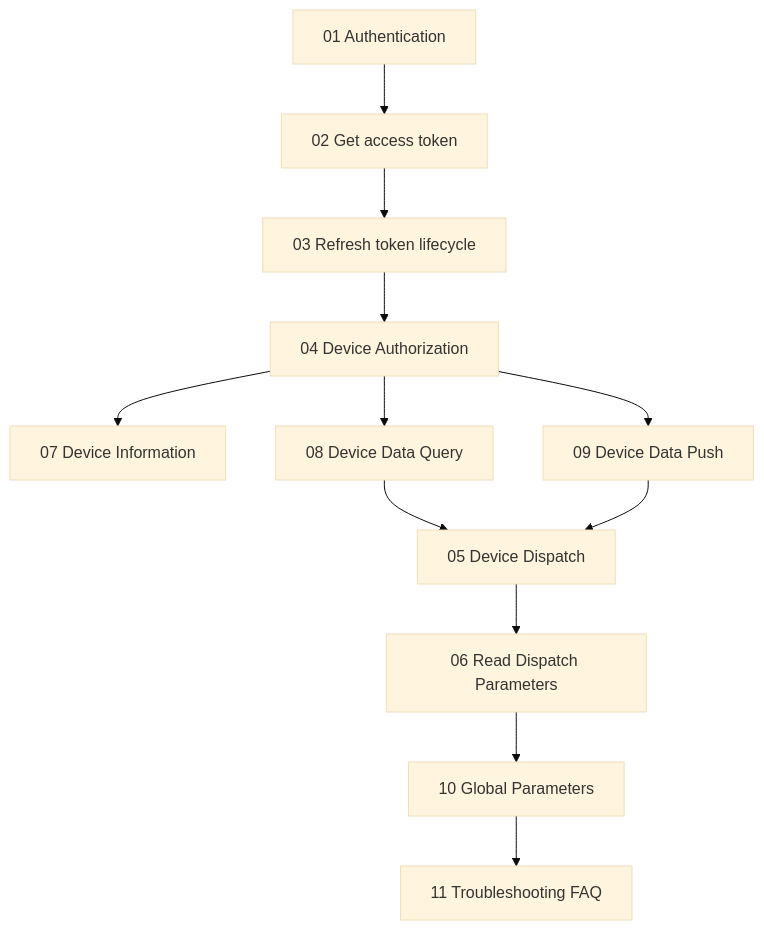
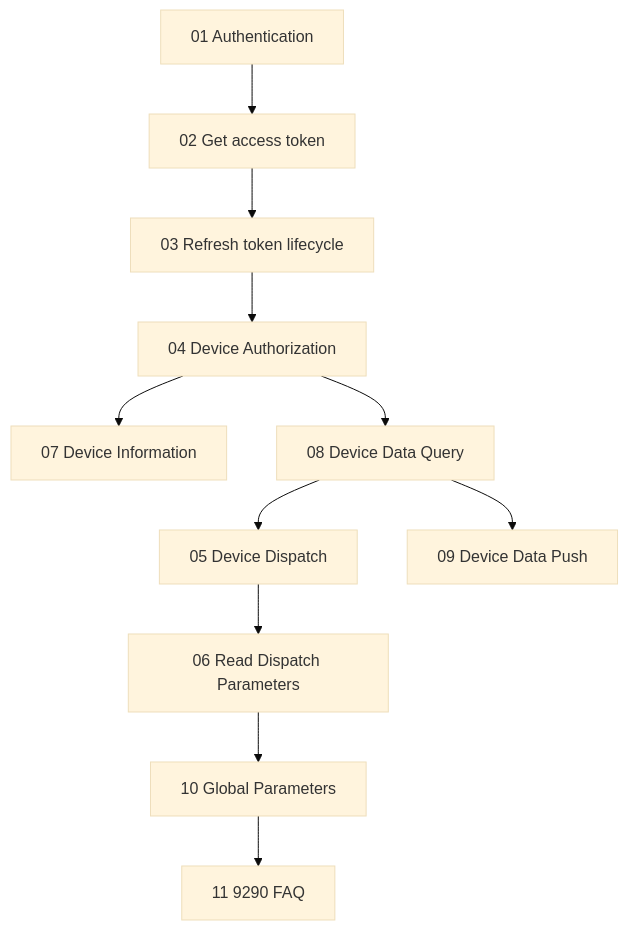
Before and after one commit to EugeneJian/growatt-unified-api: the diagram in Growatt API/OPENAPI/README.md, drawn with Mermaid (base theme). The commit also changed other lines of this file and 26 other files, not shown here.

````diff
--- a/Growatt API/OPENAPI/README.md
+++ b/Growatt API/OPENAPI/README.md
@@ -9,15 +9,14 @@
 ```mermaid
 %% 本代码严格遵循AI生成Mermaid代码的终极准则v4.1（Mermaid终极大师）
 flowchart TD
     A["01 Authentication"] --> B["02 Get access token"]
     B --> C["03 Refresh token lifecycle"]
     C --> D["04 Device Authorization"]
     D --> E["07 Device Information"]
     D --> F["08 Device Data Query"]
-    D --> G["09 Device Data Push"]
-    F --> H["05 Device Dispatch"]
-    H --> I["06 Read Dispatch Parameters"]
-    G --> H
-    I --> J["10 Global Parameters"]
-    J --> K["11 Troubleshooting FAQ"]
+    F --> G["05 Device Dispatch"]
+    G --> H["06 Read Dispatch Parameters"]
+    F --> I["09 Device Data Push"]
+    H --> J["10 Global Parameters"]
+    J --> K["11 9290 FAQ"]
 ```
````
